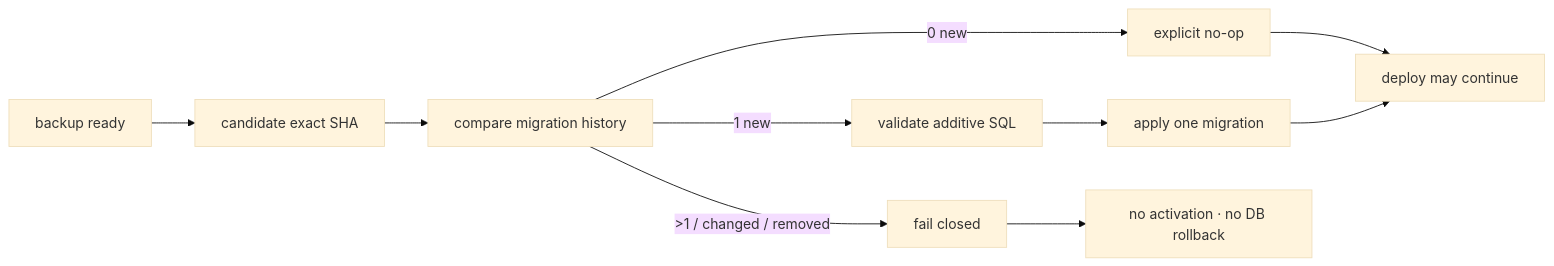
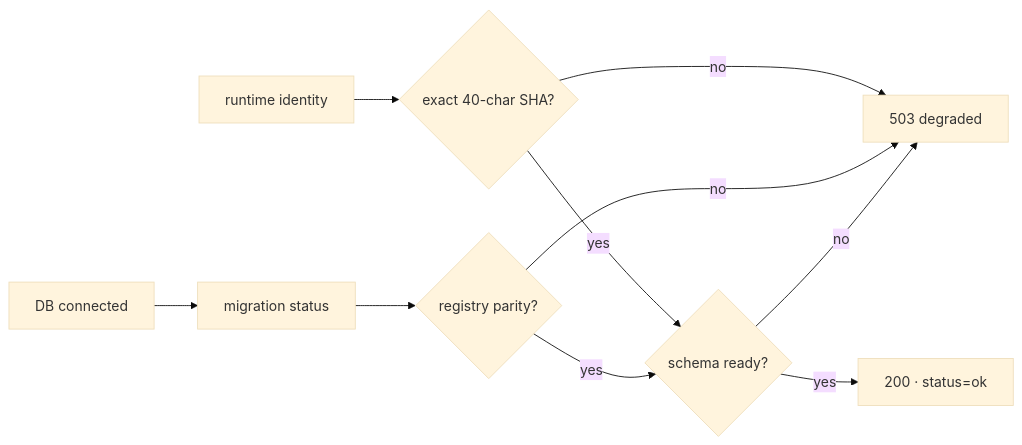
The diagram in README.md (pl0n3r/brvtal), drawn with Mermaid (base theme) before and after one commit. The commit also changed other lines of this file and 6 other files, not shown here.

````diff
--- a/README.md
+++ b/README.md
@@ -54,12 +53,12 @@
 ```mermaid
 flowchart LR
-  B["backup ready"] --> C["candidate exact SHA"]
-  C --> P["compare migration history"]
-  P -->|0 new| N["explicit no-op"]
-  P -->|1 new| S["validate additive SQL"]
-  P -->|>1 / changed / removed| F["fail closed"]
-  S --> M["apply one migration"]
-  N --> D["deploy may continue"]
-  M --> D
-  F --> X["no activation · no DB rollback"]
+  R["runtime identity"] --> I{"exact 40-char SHA?"}
+  D["DB connected"] --> S["migration status"]
+  S --> P{"registry parity?"}
+  I -->|no| F["503 degraded"]
+  P -->|no| F
+  I -->|yes| O{"schema ready?"}
+  P -->|yes| O
+  O -->|yes| H["200 · status=ok"]
+  O -->|no| F
 ```
````
